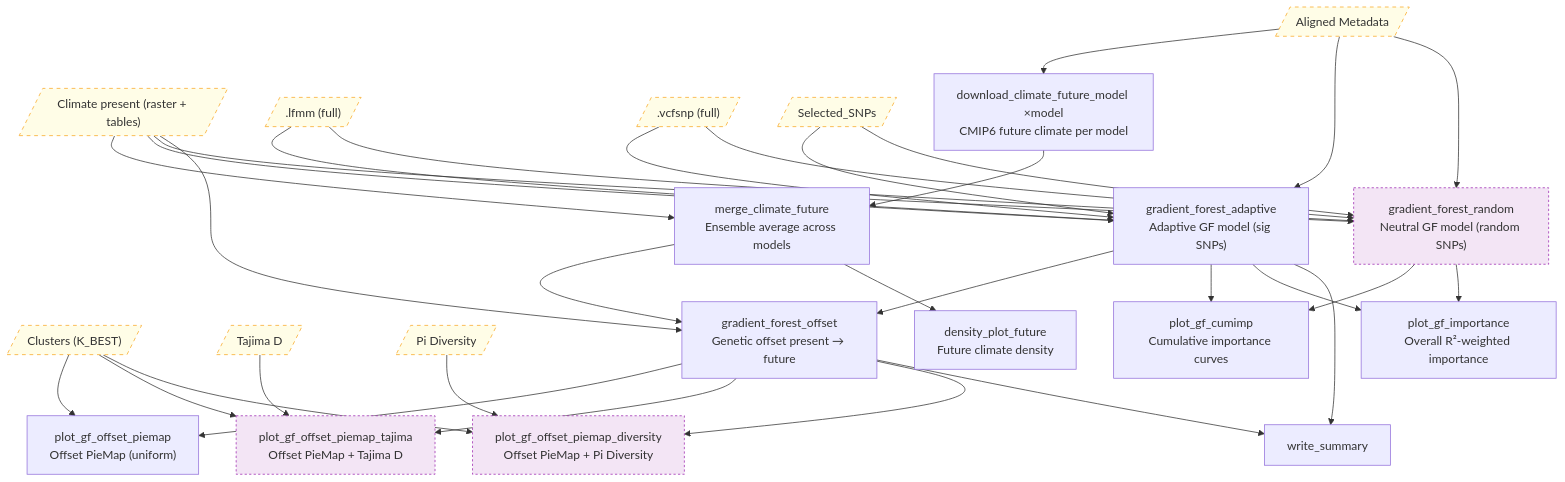
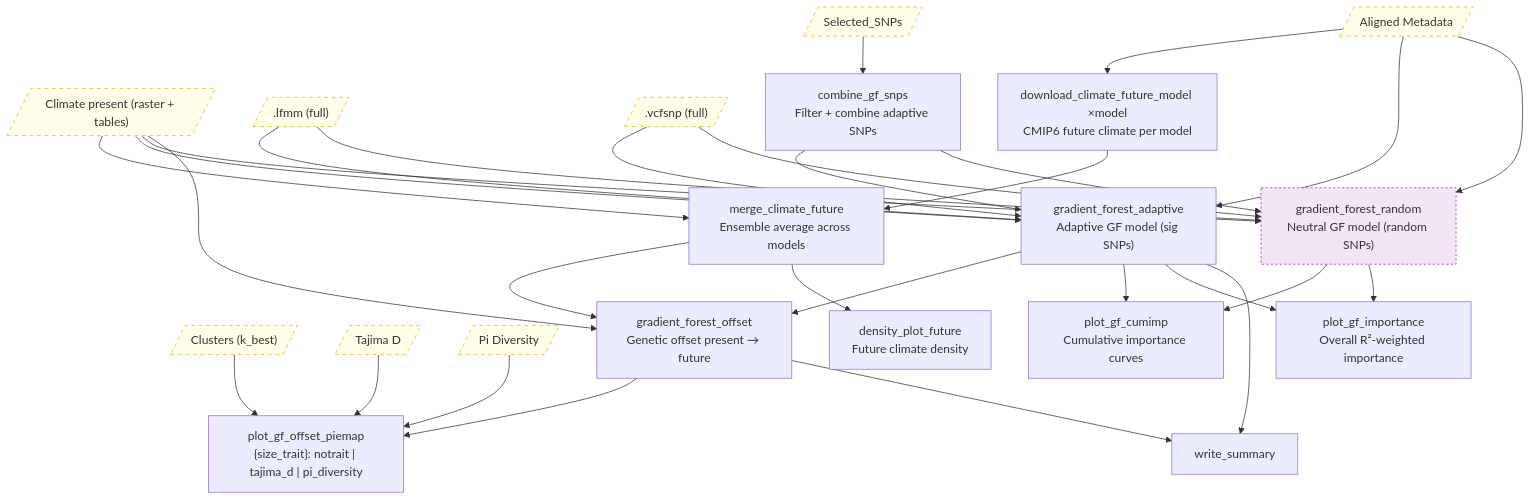
The eighth of 8 diagrams in README.md (hubner-lab/ADAPTOGENE), drawn with Mermaid before and after one commit. The commit also changed other lines of this file and 3 other files, not shown here.

````diff
--- a/README.md
+++ b/README.md
@@ -411,41 +399,38 @@
 ```mermaid
 flowchart TB
     classDef data fill:#FFFDE7,stroke:#F9A825,color:#333,stroke-dasharray:5 5
     classDef optional fill:#F3E5F5,stroke:#9C27B0,color:#333,stroke-dasharray:3 3
 
     META[/"Aligned Metadata"/]:::data
     CLIMATE[/"Climate present (raster + tables)"/]:::data
     LFMM_FULL[/".lfmm (full)"/]:::data
     VCFSNP[/".vcfsnp (full)"/]:::data
     SIG_SNPS[/"Selected_SNPs"/]:::data
-    CLUST[/"Clusters (K_BEST)"/]:::data
+    CLUST[/"Clusters (k_best)"/]:::data
     TAJIMA[/"Tajima D"/]:::data
     PI[/"Pi Diversity"/]:::data
 
     dl_future["download_climate_future_model ×model\nCMIP6 future climate per model"]
     merge["merge_climate_future\nEnsemble average across models"]
+    combine_gf["combine_gf_snps\nFilter + combine adaptive SNPs"]
     gf_adapt["gradient_forest_adaptive\nAdaptive GF model (sig SNPs)"]
     gf_random["gradient_forest_random\nNeutral GF model (random SNPs)"]:::optional
     offset["gradient_forest_offset\nGenetic offset present → future"]
     cumimp["plot_gf_cumimp\nCumulative importance curves"]
     importance["plot_gf_importance\nOverall R²-weighted importance"]
-    piemap_go["plot_gf_offset_piemap\nOffset PieMap (uniform)"]
-    piemap_taj["plot_gf_offset_piemap_tajima\nOffset PieMap + Tajima D"]:::optional
-    piemap_pi["plot_gf_offset_piemap_diversity\nOffset PieMap + Pi Diversity"]:::optional
+    piemap["plot_gf_offset_piemap\n{size_trait}: notrait | tajima_d | pi_diversity"]
     density_f["density_plot_future\nFuture climate density"]
     summary["write_summary"]
 
     META --> dl_future --> merge
+    SIG_SNPS --> combine_gf --> gf_adapt & gf_random
     CLIMATE --> merge & gf_adapt & gf_random & offset
     LFMM_FULL & VCFSNP --> gf_adapt & gf_random
-    SIG_SNPS --> gf_adapt & gf_random
     META --> gf_adapt & gf_random
     gf_adapt --> offset & cumimp & importance
     gf_random --> cumimp & importance
     merge --> offset & density_f
-    offset --> piemap_go & piemap_taj & piemap_pi
-    CLUST --> piemap_go & piemap_taj & piemap_pi
-    TAJIMA --> piemap_taj
-    PI --> piemap_pi
+    offset --> piemap
+    CLUST & TAJIMA & PI --> piemap
     gf_adapt & offset --> summary
 ```
````
